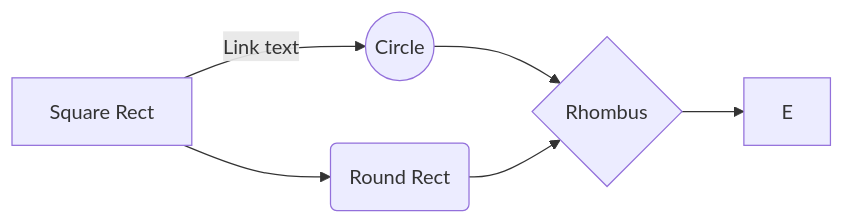
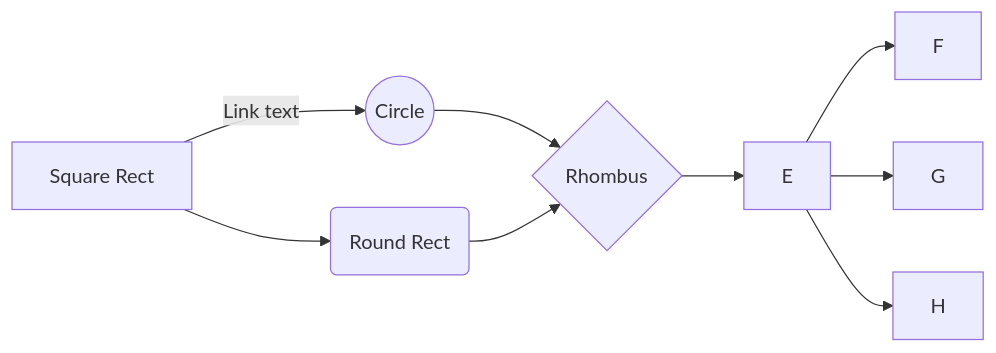
One commit to wesleyscholl/mermaid-test changed the diagram in README.md. Above: the diagram before and after it, drawn with Mermaid. The commit also changed other lines of this file, not shown here.

````diff
--- a/README.md
+++ b/README.md
@@ -3,8 +3,11 @@
 ```mermaid
 graph LR
     A[Square Rect] -- Link text --> B((Circle))
     A --> C(Round Rect)
     B --> D{Rhombus}
     C --> D
     D --> E
+    E --> F
+    E --> G
+    E --> H
 ```
````
